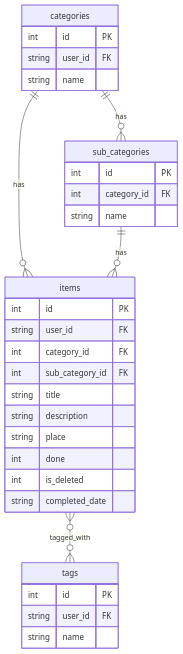
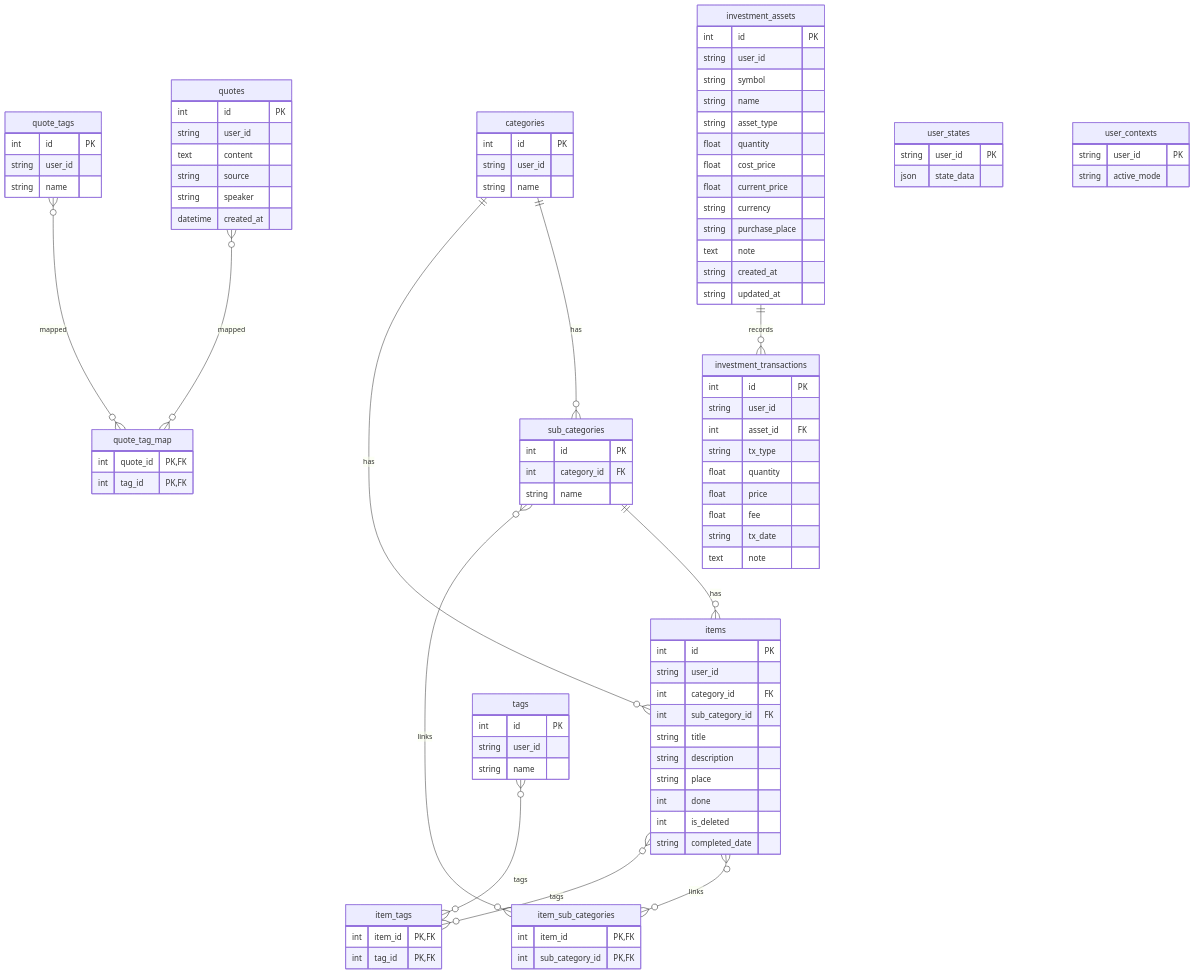
The diagram in database_schema.md (showanne/line-ToDo-bot), drawn with Mermaid before and after one commit. The commit also changed other lines of this file and 6 other files, not shown here.

````diff
--- a/database_schema.md
+++ b/database_schema.md
@@ -105,7 +196,7 @@
 erDiagram
     categories {
         int id PK
-        string user_id FK
+        string user_id
         string name
     }
 
@@ -117,7 +208,7 @@
 
     items {
         int id PK
-        string user_id FK
+        string user_id
         int category_id FK
         int sub_category_id FK
         string title
@@ -130,13 +221,86 @@
 
     tags {
         int id PK
-        string user_id FK
+        string user_id
         string name
+    }
+
+    item_sub_categories {
+        int item_id PK, FK
+        int sub_category_id PK, FK
+    }
+
+    item_tags {
+        int item_id PK, FK
+        int tag_id PK, FK
+    }
+
+    quotes {
+        int id PK
+        string user_id
+        text content
+        string source
+        string speaker
+        datetime created_at
+    }
+
+    quote_tags {
+        int id PK
+        string user_id
+        string name
+    }
+
+    quote_tag_map {
+        int quote_id PK, FK
+        int tag_id PK, FK
+    }
+
+    investment_assets {
+        int id PK
+        string user_id
+        string symbol
+        string name
+        string asset_type
+        float quantity
+        float cost_price
+        float current_price
+        string currency
+        string purchase_place
+        text note
+        string created_at
+        string updated_at
+    }
+
+    investment_transactions {
+        int id PK
+        string user_id
+        int asset_id FK
+        string tx_type
+        float quantity
+        float price
+        float fee
+        string tx_date
+        text note
+    }
+
+    user_states {
+        string user_id PK
+        json state_data
+    }
+
+    user_contexts {
+        string user_id PK
+        string active_mode
     }
 
     categories ||--o{ sub_categories : "has"
     categories ||--o{ items : "has"
     sub_categories ||--o{ items : "has"
-    items }o--o{ tags : "tagged_with"
-
+    items }o--o{ item_sub_categories : "links"
+    sub_categories }o--o{ item_sub_categories : "links"
+    items }o--o{ item_tags : "tags"
+    tags }o--o{ item_tags : "tags"
+    quotes }o--o{ quote_tag_map : "mapped"
+    quote_tags }o--o{ quote_tag_map : "mapped"
+    investment_assets ||--o{ investment_transactions : "records"
 ```
````
